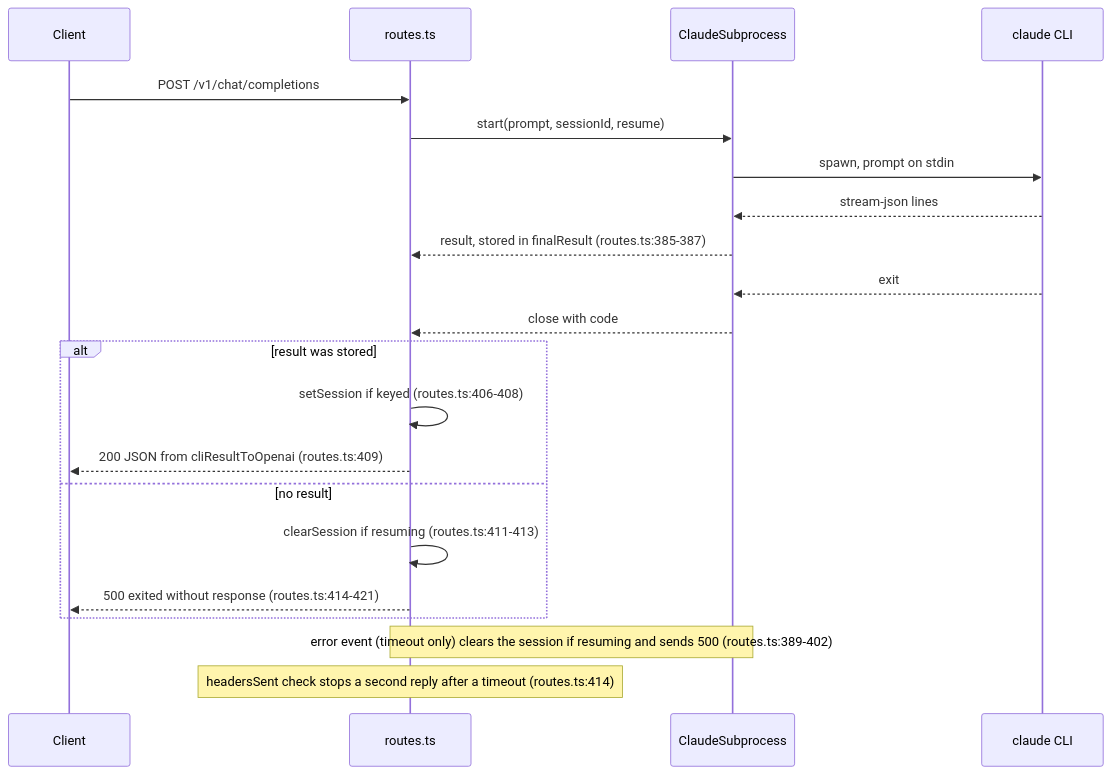
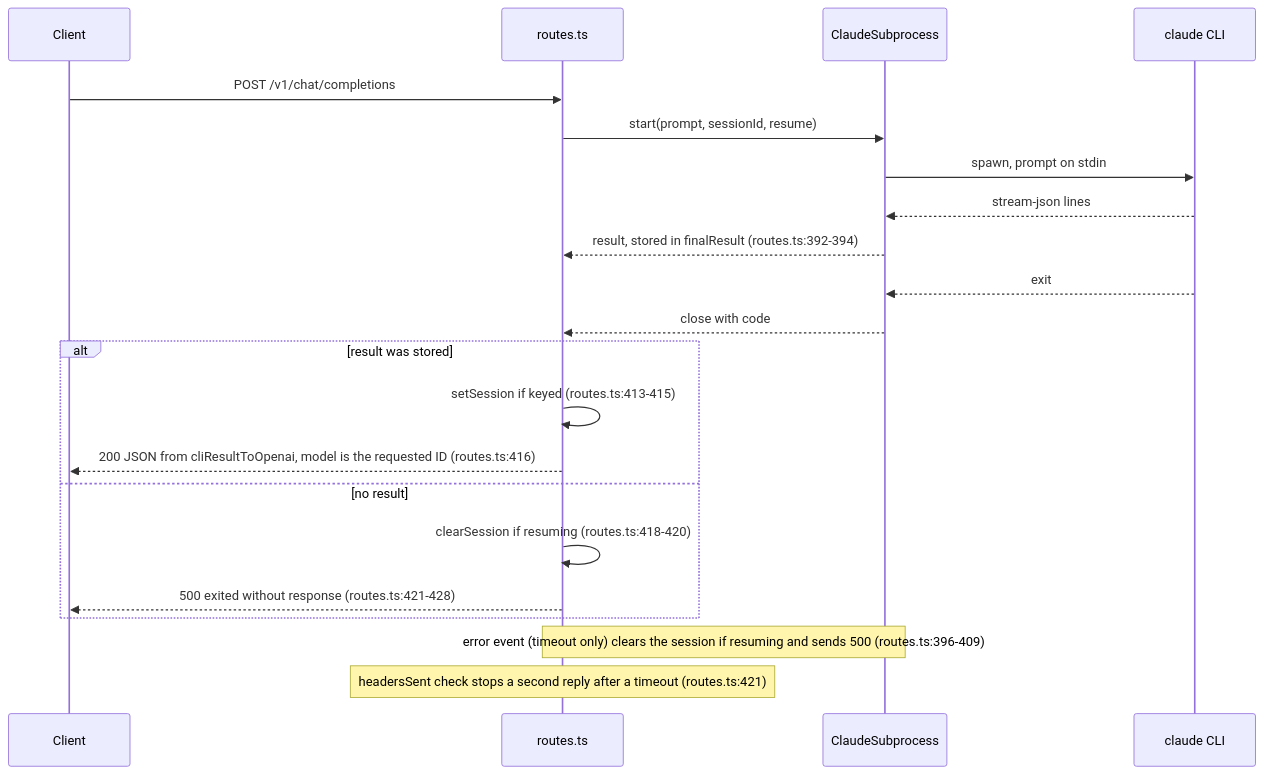
The second of 4 diagrams in docs/WORKFLOW.md (jameshskoh/claude-max-api-proxy), drawn with Mermaid before and after one commit. The commit also changed other lines of this file and 24 other files, not shown here.

First line of the commit message:
feat: pass full model IDs to the CLI and add Claude 5.5 models

````diff
--- a/docs/WORKFLOW.md
+++ b/docs/WORKFLOW.md
@@ -109,23 +110,23 @@
 ```mermaid
 sequenceDiagram
   participant C as Client
   participant R as routes.ts
   participant S as ClaudeSubprocess
   participant CLI as claude CLI
   C->>R: POST /v1/chat/completions
   R->>S: start(prompt, sessionId, resume)
   S->>CLI: spawn, prompt on stdin
   CLI-->>S: stream-json lines
-  S-->>R: result, stored in finalResult (routes.ts:385-387)
+  S-->>R: result, stored in finalResult (routes.ts:392-394)
   CLI-->>S: exit
   S-->>R: close with code
   alt result was stored
-    R->>R: setSession if keyed (routes.ts:406-408)
-    R-->>C: 200 JSON from cliResultToOpenai (routes.ts:409)
+    R->>R: setSession if keyed (routes.ts:413-415)
+    R-->>C: 200 JSON from cliResultToOpenai, model is the requested ID (routes.ts:416)
   else no result
-    R->>R: clearSession if resuming (routes.ts:411-413)
-    R-->>C: 500 exited without response (routes.ts:414-421)
+    R->>R: clearSession if resuming (routes.ts:418-420)
+    R-->>C: 500 exited without response (routes.ts:421-428)
   end
-  Note over S,R: error event (timeout only) clears the session if resuming and sends 500 (routes.ts:389-402)
-  Note over R: headersSent check stops a second reply after a timeout (routes.ts:414)
+  Note over S,R: error event (timeout only) clears the session if resuming and sends 500 (routes.ts:396-409)
+  Note over R: headersSent check stops a second reply after a timeout (routes.ts:421)
 ```
````
